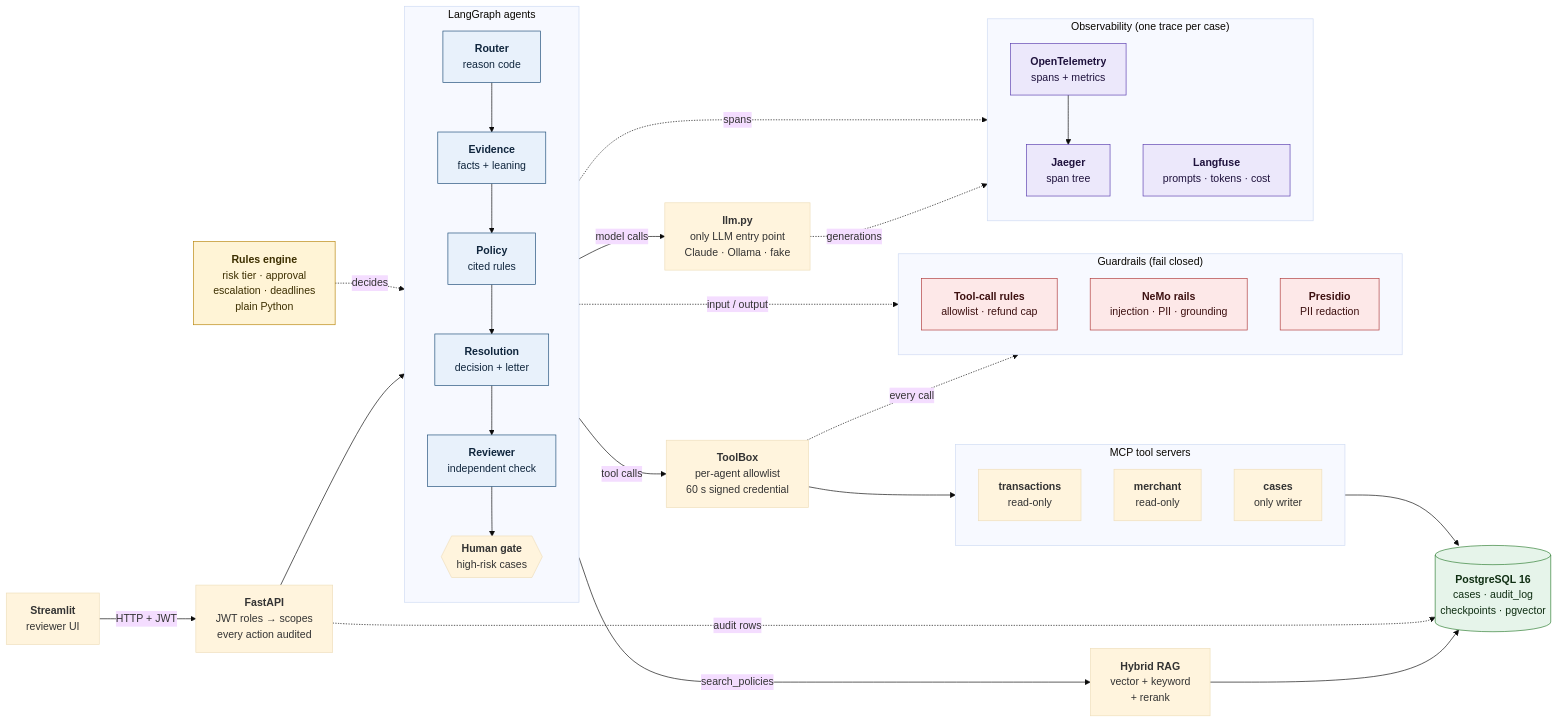
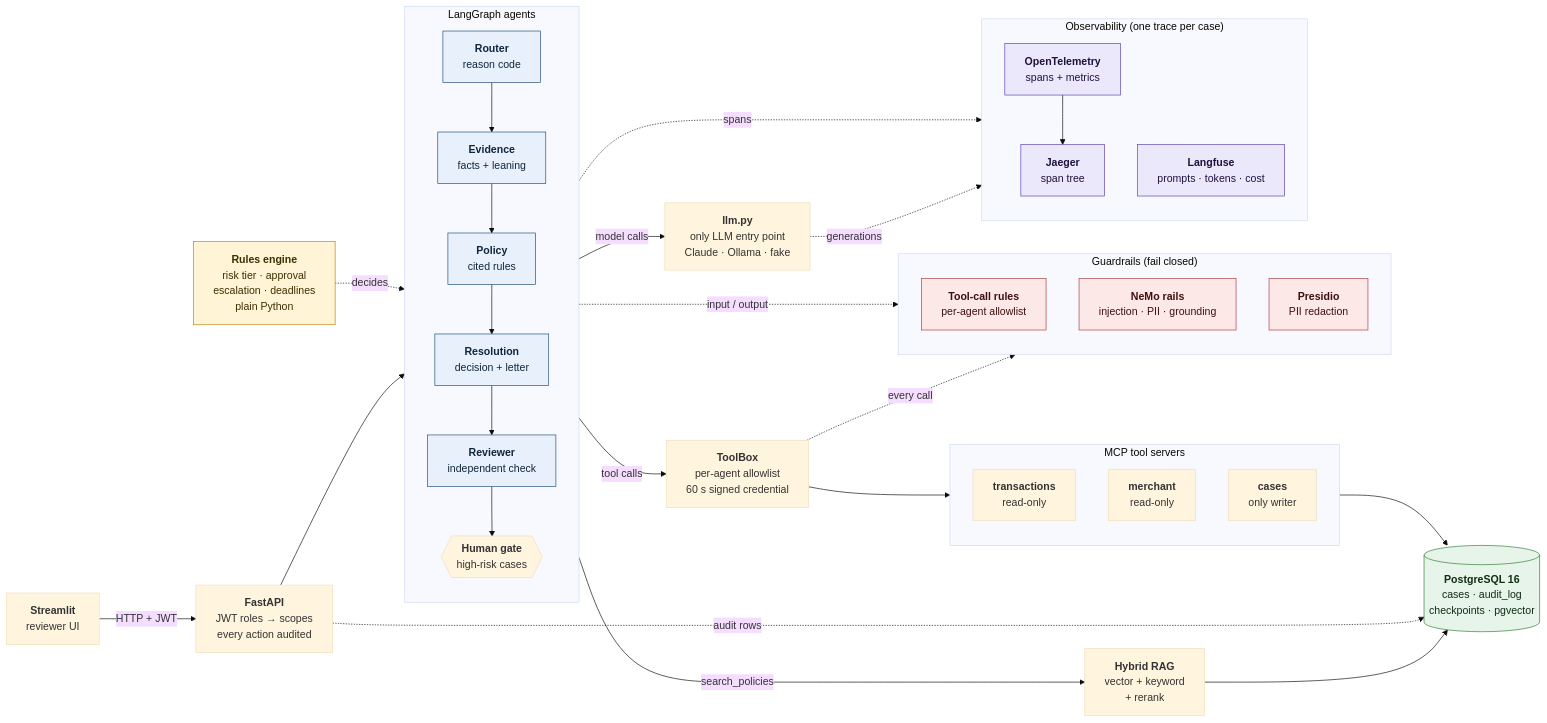
One commit to srinivasvarala/DisputeDesk-Multi-Agent-Card-Dispute-Resolution-Platform changed the first of 2 diagrams in README.md. Above: the diagram before and after it, drawn with Mermaid (base theme). The commit also changed other lines of this file and 5 other files, not shown here.

Commit message:
docs: record M10 (output guardrail, audit text rule, maker-checker) and add the phase 3 roadmap

````diff
--- a/README.md
+++ b/README.md
@@ -72,70 +72,70 @@
 ```mermaid
 flowchart LR
     UI["<b>Streamlit</b><br/>reviewer UI"]
     API["<b>FastAPI</b><br/>JWT roles → scopes<br/>every action audited"]
     UI -->|"HTTP + JWT"| API
 
     subgraph ORCH["LangGraph agents"]
         direction TB
         R["<b>Router</b><br/>reason code"] --> E["<b>Evidence</b><br/>facts + leaning"]
         E --> P["<b>Policy</b><br/>cited rules"]
         P --> RES["<b>Resolution</b><br/>decision + letter"]
         RES --> REV["<b>Reviewer</b><br/>independent check"]
         REV --> G{{"<b>Human gate</b><br/>high-risk cases"}}
     end
     API --> ORCH
 
     RULES["<b>Rules engine</b><br/>risk tier · approval<br/>escalation · deadlines<br/>plain Python"]
     RULES -.->|"decides"| ORCH
 
     TB["<b>ToolBox</b><br/>per-agent allowlist<br/>60 s signed credential"]
     ORCH -->|"tool calls"| TB
 
     subgraph MCP["MCP tool servers"]
         direction TB
         TXN["<b>transactions</b><br/>read-only"]
         MER["<b>merchant</b><br/>read-only"]
         CAS["<b>cases</b><br/>only writer"]
     end
     TB --> MCP
 
     RAG["<b>Hybrid RAG</b><br/>vector + keyword<br/>+ rerank"]
     LLM["<b>llm.py</b><br/>only LLM entry point<br/>Claude · Ollama · fake"]
     ORCH -->|"search_policies"| RAG
     ORCH -->|"model calls"| LLM
 
     PG[("<b>PostgreSQL 16</b><br/>cases · audit_log<br/>checkpoints · pgvector")]
     MCP --> PG
     RAG --> PG
     API -.->|"audit rows"| PG
 
     subgraph GUARD["Guardrails (fail closed)"]
         direction TB
-        G1["<b>Tool-call rules</b><br/>allowlist · refund cap"]
+        G1["<b>Tool-call rules</b><br/>per-agent allowlist"]
         G2["<b>NeMo rails</b><br/>injection · PII · grounding"]
         G3["<b>Presidio</b><br/>PII redaction"]
     end
     TB -.->|"every call"| GUARD
     ORCH -.->|"input / output"| GUARD
 
     subgraph OBS["Observability (one trace per case)"]
         direction TB
         OT["<b>OpenTelemetry</b><br/>spans + metrics"]
         JG["<b>Jaeger</b><br/>span tree"]
         LF["<b>Langfuse</b><br/>prompts · tokens · cost"]
         OT --> JG
     end
     ORCH -.->|"spans"| OT
     LLM -.->|"generations"| LF
 
     classDef agent fill:#e8f1fb,stroke:#1f4e79,color:#10263d
     classDef rules fill:#fff4d6,stroke:#b8860b,color:#3d2f00
     classDef guard fill:#fde8e8,stroke:#b03a3a,color:#3d1010
     classDef obs fill:#ece8fb,stroke:#5b3fb0,color:#1f123d
     classDef data fill:#e6f4ea,stroke:#2e7d32,color:#0f2e12
     class R,E,P,RES,REV agent
     class RULES rules
     class G1,G2,G3 guard
     class OT,JG,LF obs
     class PG data
 ```
````
